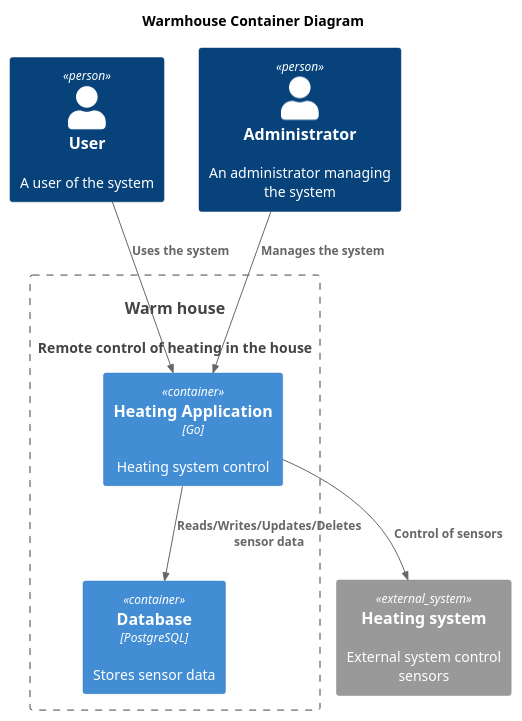
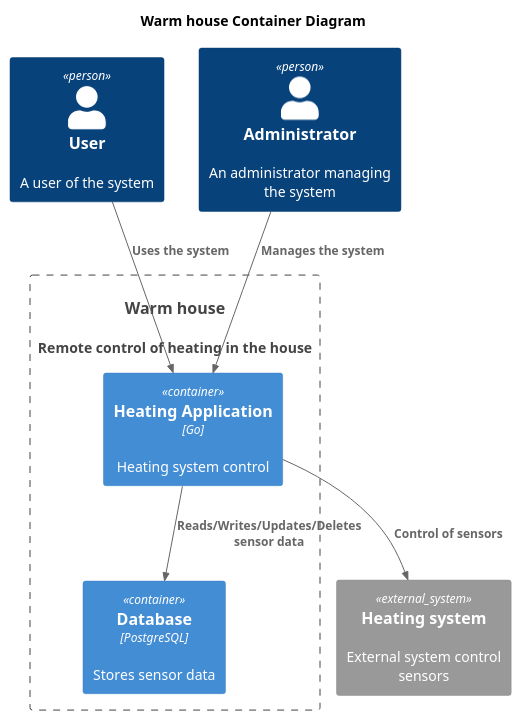
The diagram in schemas/old_app/Context.puml (AntonVolkov71/architecture-pro-warmhouse), drawn with PlantUML before and after one commit.

Commit message:
task_1/create_context

```diff
--- a/schemas/old_app/Context.puml
+++ b/schemas/old_app/Context.puml
@@ -1,24 +1,24 @@
 @startuml
-title Warmhouse Container Diagram
+title Warm house Container Diagram
 
 top to bottom direction
 
 !includeurl https://raw.githubusercontent.com/RicardoNiepel/C4-PlantUML/master/C4_Component.puml
 
 Person(user, "User", "A user of the system")
 Person(admin, "Administrator", "An administrator managing the system")
 System(WarmhouseSystem, "Warm house", "Remote control of heating in the house")
 
 Container_Boundary(WarmhouseSystem, "Warm house System") {
   Container(HeatingSystem, "Heating Application", "Go", "Heating system control")
   Container(Database, "Database", "PostgreSQL", "Stores sensor data")
 }
 
 System_Ext(sensors, "Heating system", "External system control sensors")
 
 Rel(user, HeatingSystem, "Uses the system")
 Rel(admin, HeatingSystem,"Manages the system")
 Rel(HeatingSystem, Database, "Reads/Writes/Updates/Deletes sensor data")
 Rel(HeatingSystem, sensors, "Control of sensors")
 
 @enduml
```
